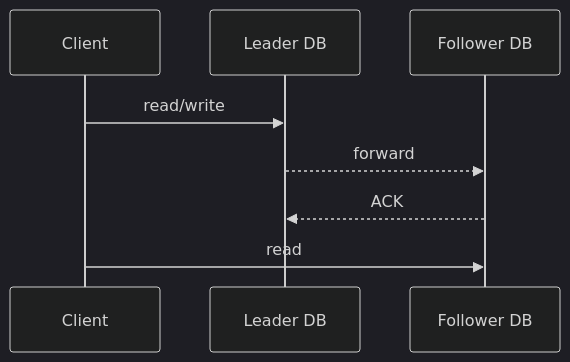
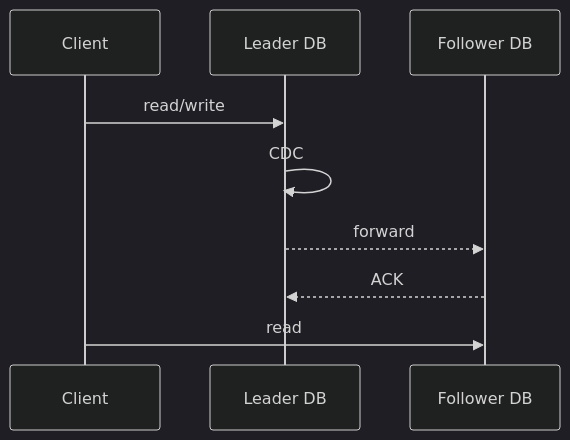
The diagram in System Design/Database Replication.md (bingyangchen/KM-software), drawn with Mermaid (dark theme) before and after one commit. The commit also changed other lines of this file and 66 other files, not shown here.

````diff
--- a/System Design/Database Replication.md
+++ b/System Design/Database Replication.md
@@ -16,7 +18,8 @@
 ```mermaid
 sequenceDiagram
     Client ->> Leader DB: read/write
+    Leader DB ->> Leader DB: CDC
     Leader DB -->> Follower DB: forward
     Follower DB -->> Leader DB: ACK
     Client ->> Follower DB: read
 ```
````
